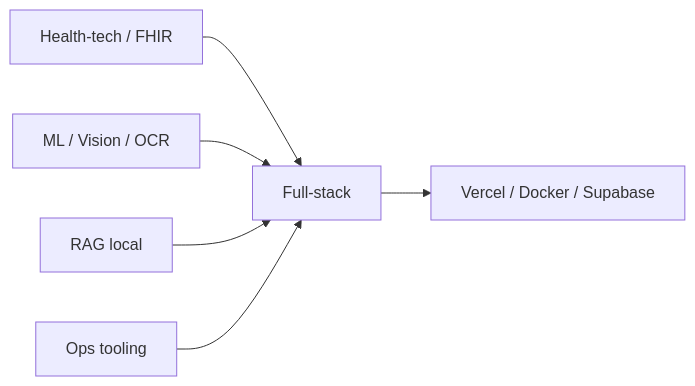
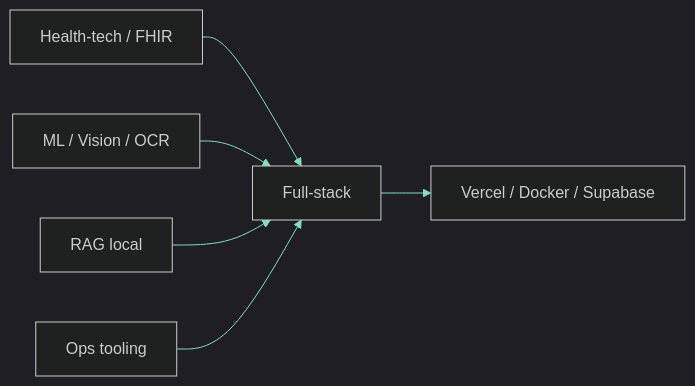
Before and after one commit to JhinPablo/JhinPablo: the diagram in README.md, drawn with Mermaid. The commit also changed other lines of this file and 3 other files, not shown here.

````diff
--- a/README.md
+++ b/README.md
@@ -131,8 +129,9 @@
 ```mermaid
+%%{init: {'theme':'dark','themeVariables': {'primaryColor':'#0B1016','primaryTextColor':'#E8E2D4','primaryBorderColor':'#D4A574','lineColor':'#7EE0C3','secondaryColor':'#121821','tertiaryColor':'#0E141C','fontFamily':'monospace'}}}%%
 flowchart LR
   Salud[Health-tech / FHIR] --> Producto[Full-stack]
   Vision[ML / Vision / OCR] --> Producto
   RAG[RAG local] --> Producto
   Ops[Ops tooling] --> Producto
   Producto --> Ship[Vercel / Docker / Supabase]
 ```
````
